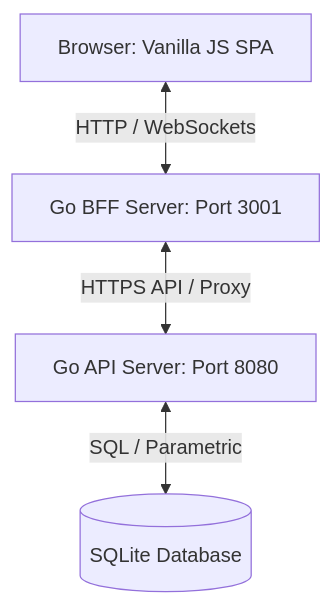
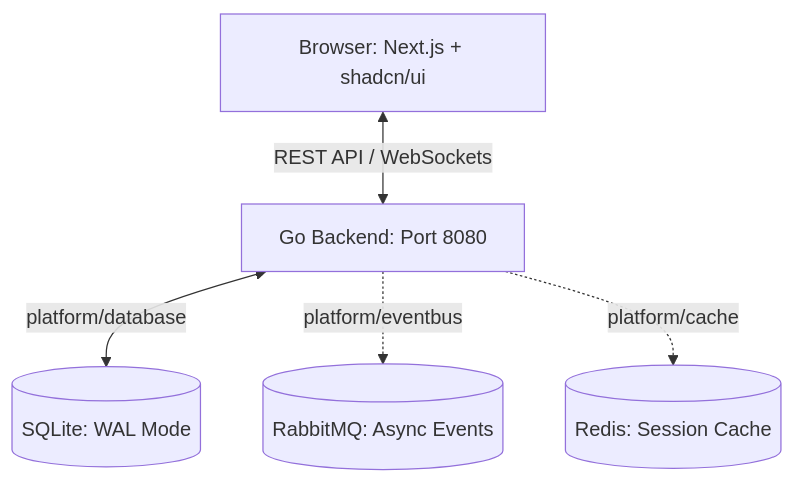
Before and after one commit to ertval/social-network: the diagram in README.md, drawn with Mermaid. The commit also changed other lines of this file and 257 other files, not shown here.

Commit message:
squash: refactor to vertical slice architecture

````diff
--- a/README.md
+++ b/README.md
@@ -13,6 +13,7 @@
 ```mermaid
 graph TD
-    Client[Browser: Vanilla JS SPA] <-->|HTTP / WebSockets| BFF[Go BFF Server: Port 3001]
-    BFF <-->|HTTPS API / Proxy| Backend[Go API Server: Port 8080]
-    Backend <-->|SQL / Parametric| SQLite[(SQLite Database)]
+    Client[Browser: Next.js + shadcn/ui] <-->|REST API / WebSockets| Backend[Go Backend: Port 8080]
+    Backend <-->|platform/database| SQLite[(SQLite: WAL Mode)]
+    Backend -.->|platform/eventbus| RabbitMQ[(RabbitMQ: Async Events)]
+    Backend -.->|platform/cache| Redis[(Redis: Session Cache)]
 ```
````
